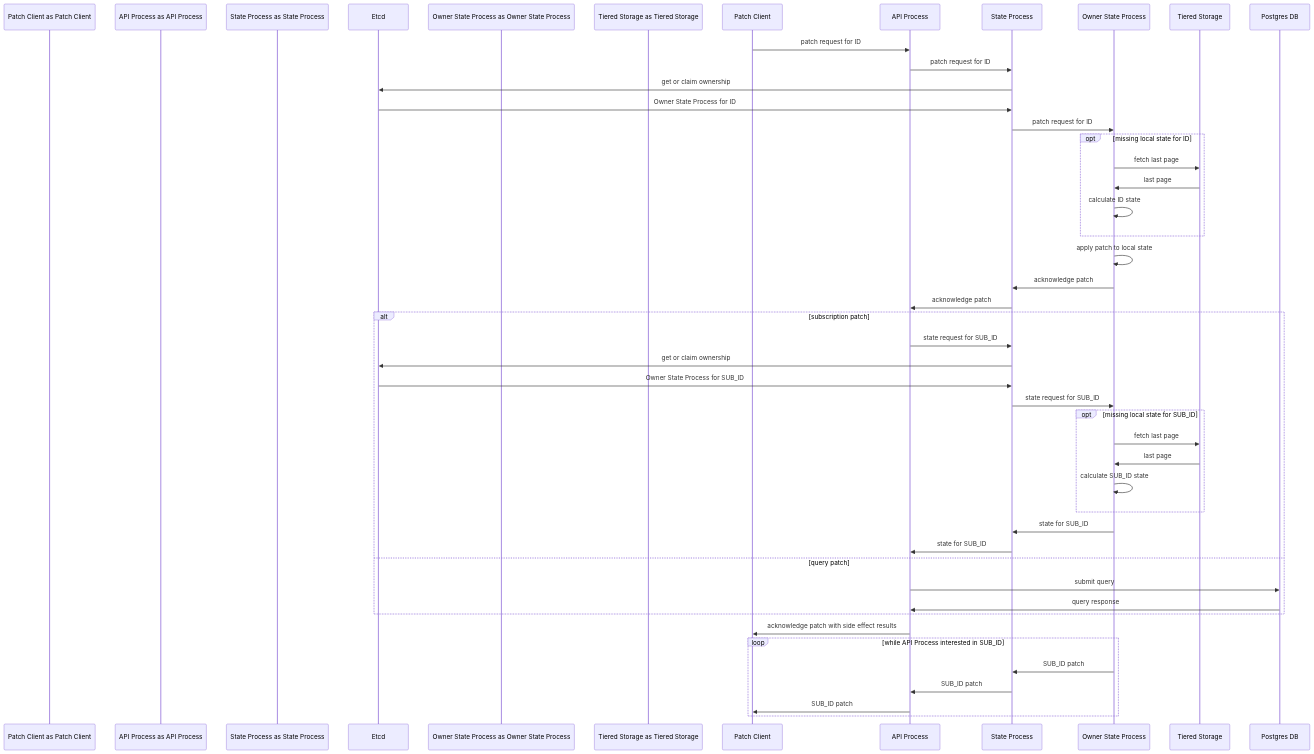
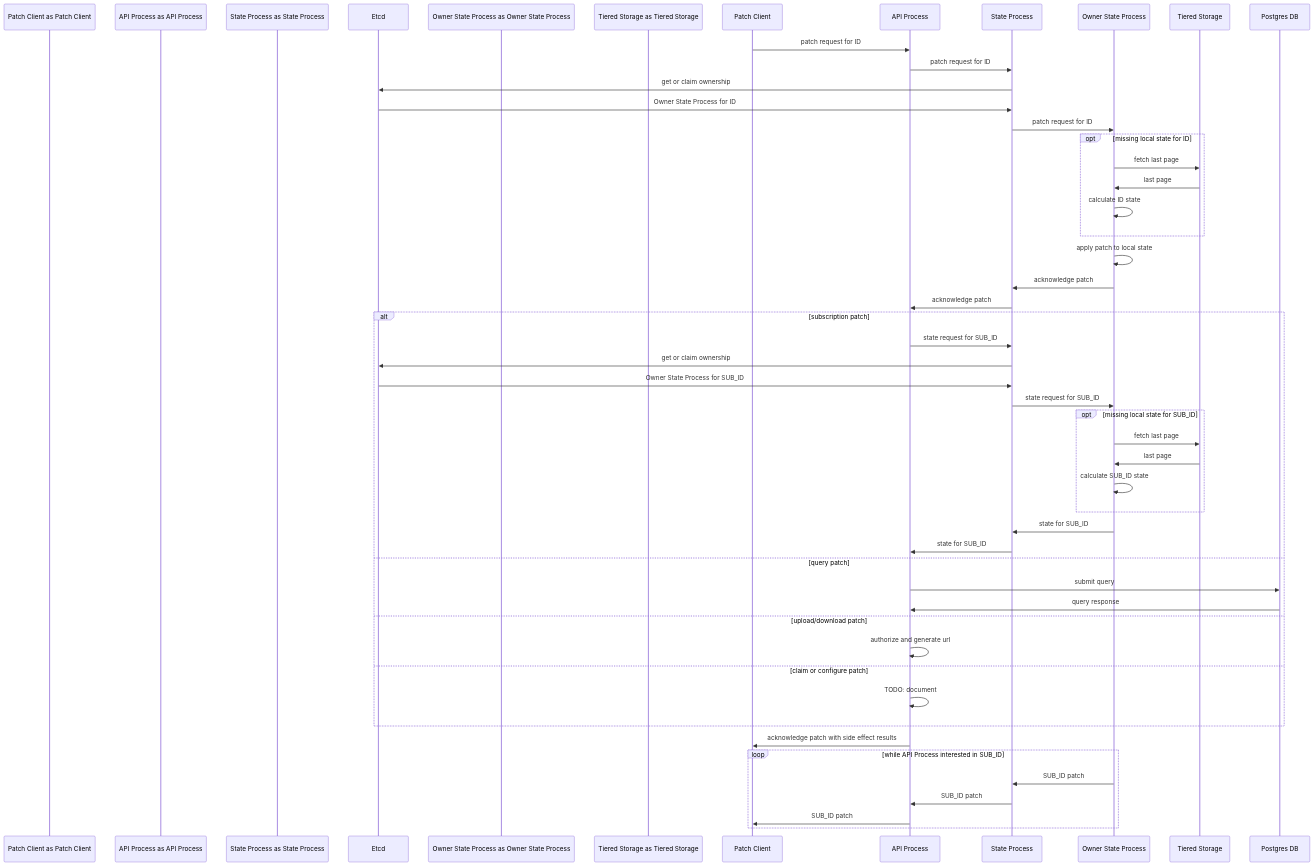
One commit to knowlearning/platform changed the diagram in README.md. Above: the diagram before and after it, drawn with Mermaid.

Commit message:
Add more side effect patches

````diff
--- a/README.md
+++ b/README.md
@@ -80,46 +80,50 @@
 ```mermaid
 sequenceDiagram
   participant Patch Client as Patch Client
   participant API Process as API Process
   participant State Process as State Process
   participant Etcd as Etcd
   participant Owner State Process as Owner State Process
   participant Tiered Storage as Tiered Storage
 
   Patch Client ->> API Process: patch request for ID
   API Process ->> State Process: patch request for ID
   State Process ->> Etcd: get or claim ownership
   Etcd ->> State Process: Owner State Process for ID
   State Process ->> Owner State Process: patch request for ID
   opt missing local state for ID
     Owner State Process ->> Tiered Storage: fetch last page
     Tiered Storage ->> Owner State Process: last page
     Owner State Process ->> Owner State Process: calculate ID state
   end
   Owner State Process ->> Owner State Process: apply patch to local state
   Owner State Process ->> State Process: acknowledge patch
   State Process ->> API Process: acknowledge patch
   alt subscription patch
     API Process ->> State Process: state request for SUB_ID
     State Process ->> Etcd: get or claim ownership
     Etcd ->> State Process: Owner State Process for SUB_ID
     State Process ->> Owner State Process: state request for SUB_ID
     opt missing local state for SUB_ID
       Owner State Process ->> Tiered Storage: fetch last page
       Tiered Storage ->> Owner State Process: last page
       Owner State Process ->> Owner State Process: calculate SUB_ID state
     end
     Owner State Process ->> State Process: state for SUB_ID
     State Process ->> API Process: state for SUB_ID
   else query patch
     API Process ->> Postgres DB: submit query
     Postgres DB ->> API Process: query response
+  else upload/download patch
+    API Process ->> API Process: authorize and generate url
+  else claim or configure patch
+    API Process ->> API Process: TODO: document
   end
   API Process ->> Patch Client: acknowledge patch with side effect results
   loop while API Process interested in SUB_ID
     Owner State Process ->> State Process: SUB_ID patch
     State Process ->> API Process: SUB_ID patch
     API Process ->> Patch Client: SUB_ID patch
   end
 
 ```
````
